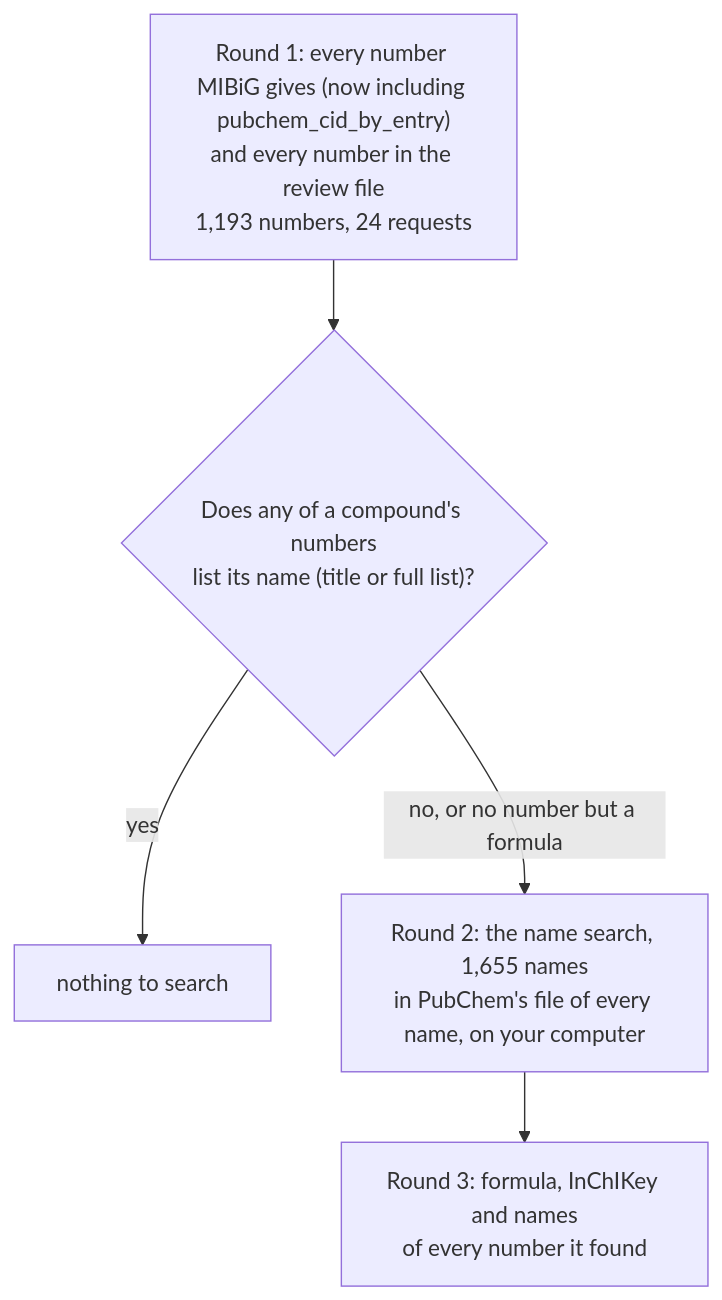
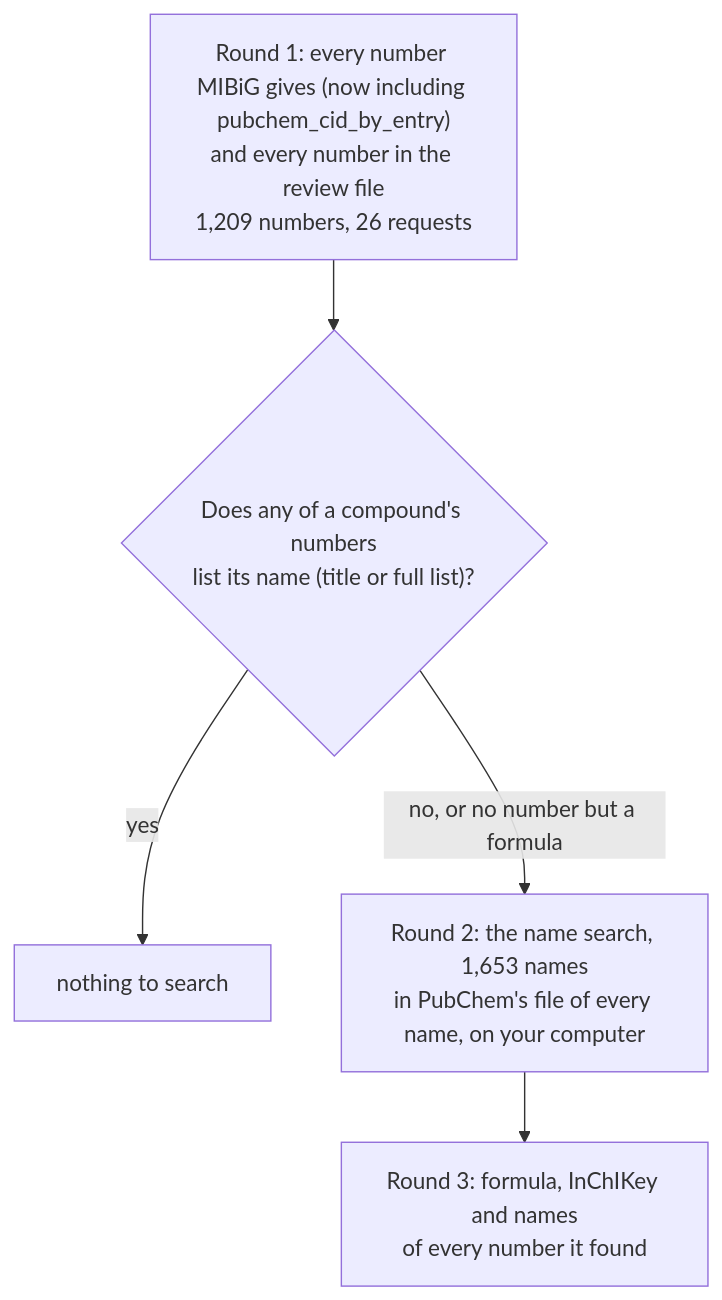
The second of 2 diagrams in docs/06b-closing-the-gaps.md (akannan2987/microbegraph), drawn with Mermaid before and after one commit. The commit also changed other lines of this file and 23 other files, not shown here.

````diff
--- a/docs/06b-closing-the-gaps.md
+++ b/docs/06b-closing-the-gaps.md
@@ -662,7 +702,7 @@
 ```mermaid
 flowchart TD
-    R1["Round 1: every number MIBiG gives (now including pubchem_cid_by_entry)<br/>and every number in the review file<br/>1,193 numbers, 24 requests"] --> S{"Does any of a compound's numbers<br/>list its name (title or full list)?"}
+    R1["Round 1: every number MIBiG gives (now including pubchem_cid_by_entry)<br/>and every number in the review file<br/>1,209 numbers, 26 requests"] --> S{"Does any of a compound's numbers<br/>list its name (title or full list)?"}
     S -- yes --> K[nothing to search]
-    S -- no, or no number but a formula --> R2["Round 2: the name search, 1,655 names<br/>in PubChem's file of every name, on your computer"]
+    S -- no, or no number but a formula --> R2["Round 2: the name search, 1,653 names<br/>in PubChem's file of every name, on your computer"]
     R2 --> R3["Round 3: formula, InChIKey and names<br/>of every number it found"]
 ```
````
